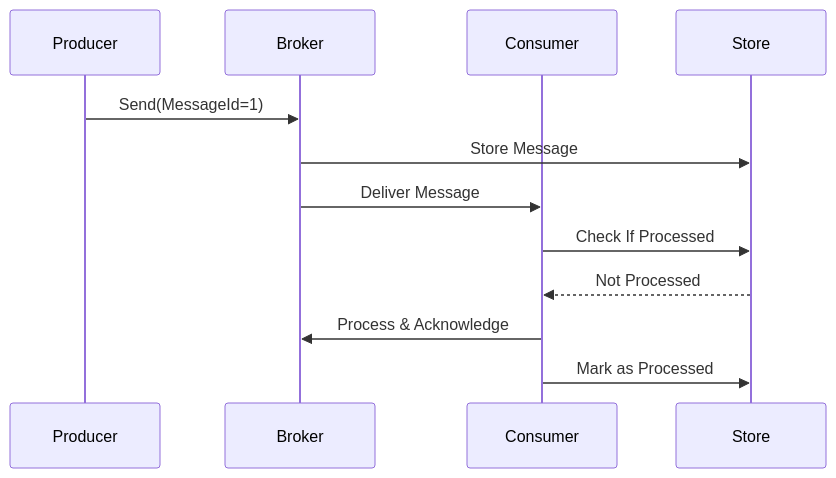
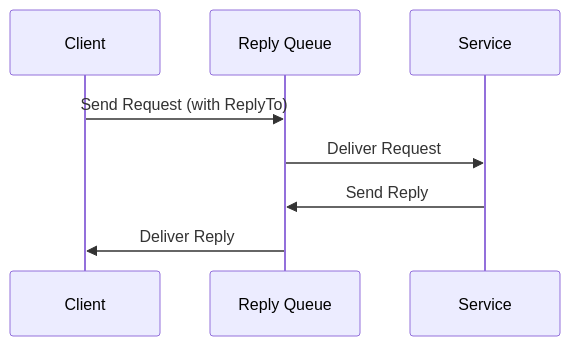
The second of 4 diagrams in src/Message_Broker_Architectures.md (saravanakumarrc/Architecture_Journey), drawn with Mermaid before and after one commit. The commit also changed other lines of this file and 2 other files, not shown here.

Commit message:
Refactor documentation for Cloud & Infrastructure and Message Broker Architectures to include detailed links and enhance clarity on patterns and implementations.

````diff
--- a/src/Message_Broker_Architectures.md
+++ b/src/Message_Broker_Architectures.md
@@ -161,15 +233,12 @@
 ```mermaid
 sequenceDiagram
-    participant P as Producer
-    participant B as Broker
-    participant C as Consumer
-    participant S as Store
+    participant C as Client
+    participant RQ as Request Queue
+    participant S as Service
+    participant RQ as Reply Queue
     
-    P->>B: Send(MessageId=1)
-    B->>S: Store Message
-    B->>C: Deliver Message
-    C->>S: Check If Processed
-    S-->>C: Not Processed
-    C->>B: Process & Acknowledge
-    C->>S: Mark as Processed
+    C->>RQ: Send Request (with ReplyTo)
+    RQ->>S: Deliver Request
+    S->>RQ: Send Reply
+    RQ->>C: Deliver Reply
 ```
````
